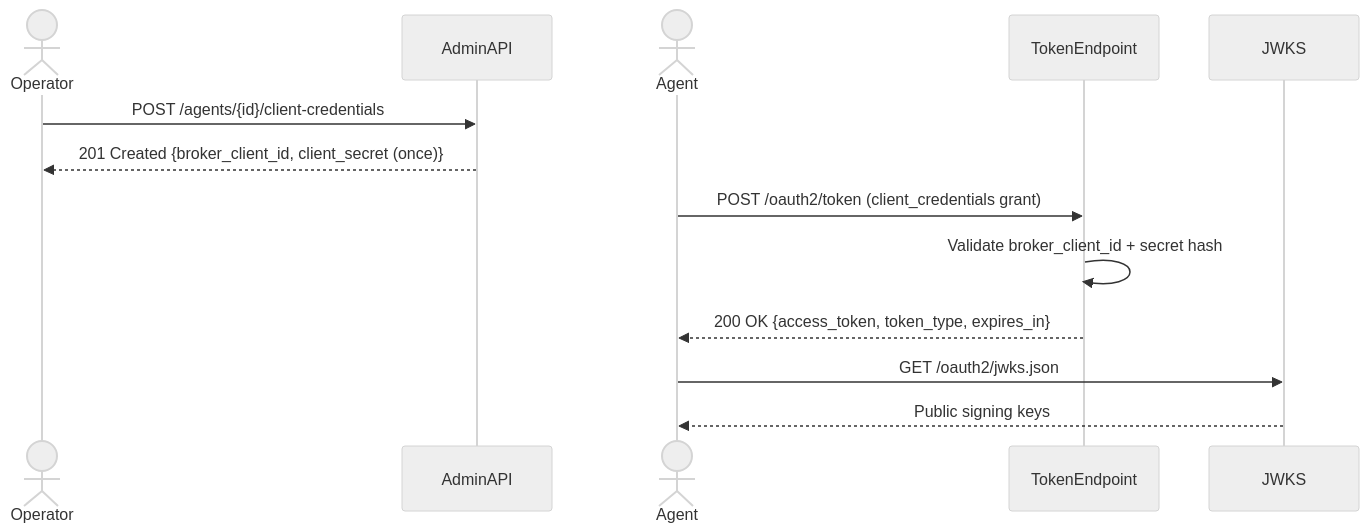
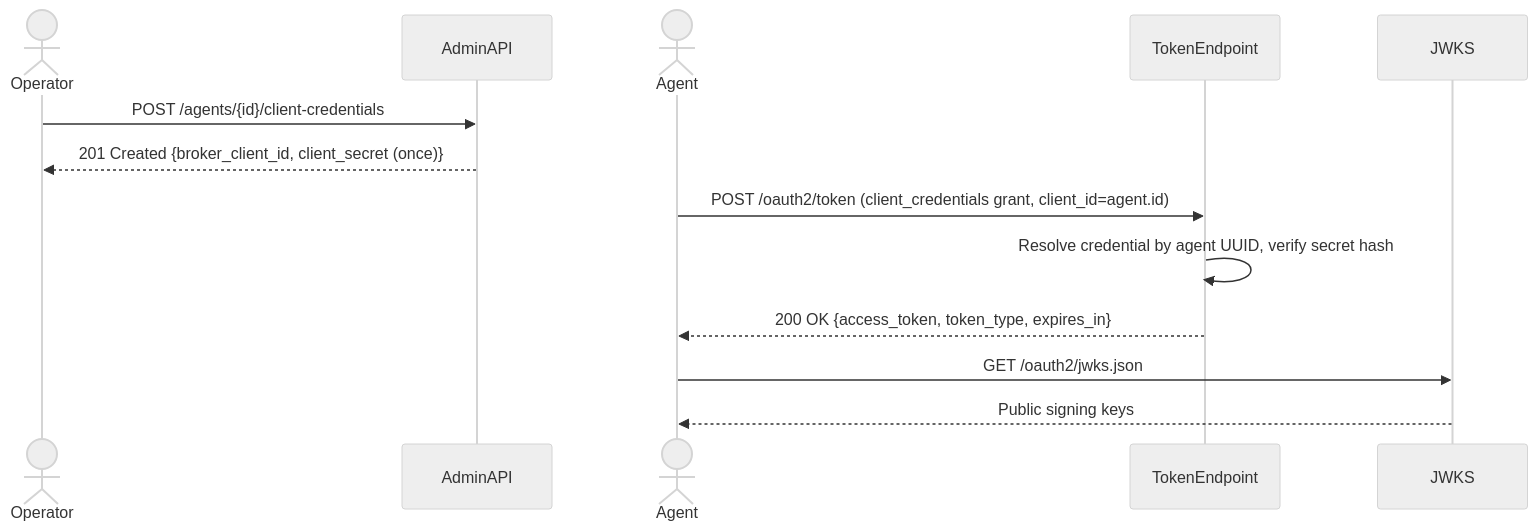
One commit to axsaucedo/agentic-identity-broker changed the second of 2 diagrams in specs/025-oauth2-server/spec.md. Above: the diagram before and after it, drawn with Mermaid (neutral theme). The commit also changed 2 other files, not shown here.

Commit message:
docs: align proxy-mode example and admin docs with agent UUID client_id
- Update authorization_code proxy example: client_id is agent UUID, not
  upstream client_id
- Update client credentials API docs: response field renamed to
  broker_client_id; clarify agents use agent.id at OAuth2 endpoints
- Update spec sequence diagram: token endpoint resolves credential by
  agent UUID, not broker_client_id

````diff
--- a/specs/025-oauth2-server/spec.md
+++ b/specs/025-oauth2-server/spec.md
@@ -228,18 +228,18 @@
 ```mermaid
 sequenceDiagram
     actor Operator
     participant AdminAPI
     actor Agent
     participant TokenEndpoint
     participant JWKS
 
     Operator->>AdminAPI: POST /agents/{id}/client-credentials
     AdminAPI-->>Operator: 201 Created {broker_client_id, client_secret (once)}
 
-    Agent->>TokenEndpoint: POST /oauth2/token (client_credentials grant)
-    TokenEndpoint->>TokenEndpoint: Validate broker_client_id + secret hash
+    Agent->>TokenEndpoint: POST /oauth2/token (client_credentials grant, client_id=agent.id)
+    TokenEndpoint->>TokenEndpoint: Resolve credential by agent UUID, verify secret hash
     TokenEndpoint-->>Agent: 200 OK {access_token, token_type, expires_in}
 
     Agent->>JWKS: GET /oauth2/jwks.json
     JWKS-->>Agent: Public signing keys
 ```
````
